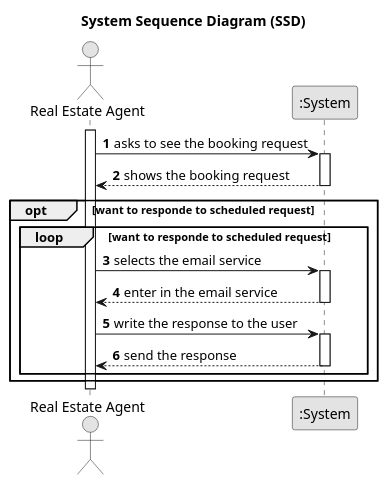
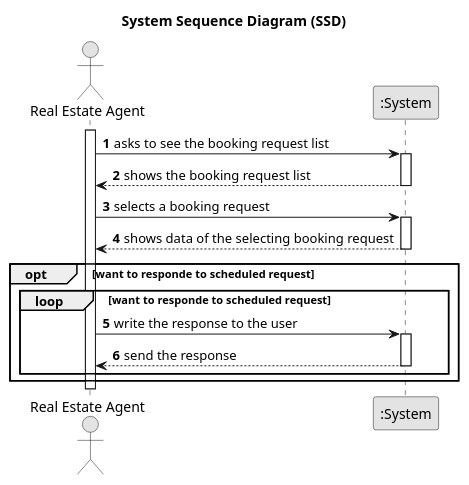
One commit to Rodrick0209/ISEP-LAPR2-22-23 changed the diagram in docs/Sprint-D/US016/01.requirements-engineering/puml/us016-system-sequence-diagram.puml. Above: the diagram before and after it, drawn with PlantUML. The commit also changed 48 other files, not shown here.

```diff
--- a/docs/Sprint-D/US016/01.requirements-engineering/puml/us016-system-sequence-diagram.puml
+++ b/docs/Sprint-D/US016/01.requirements-engineering/puml/us016-system-sequence-diagram.puml
@@ -1,38 +1,40 @@
 @startuml
 skinparam monochrome true
 skinparam packageStyle rectangle
 skinparam shadowing false
 
 title System Sequence Diagram (SSD)
 
 autonumber
 
 actor "Real Estate Agent" as Agent
 participant ":System" as System
 
 activate Agent
 
-    Agent -> System : asks to see the booking request
+    Agent -> System : asks to see the booking request list
     activate System
 
-        System --> Agent : shows the booking request
+        System --> Agent : shows the booking request list
+    deactivate System
+
+    Agent -> System : selects a booking request
+    activate System
+
+    System --> Agent : shows data of the selecting booking request
     deactivate System
 
 opt want to responde to scheduled request
 loop want to responde to scheduled request
-    Agent -> System : selects the email service
-        activate System
 
-        System --> Agent : enter in the email service
-    deactivate System
 
     Agent -> System : write the response to the user
     activate System
 
         System --> Agent : send the response
     deactivate System
 
  end
  end
 
 @enduml
```
